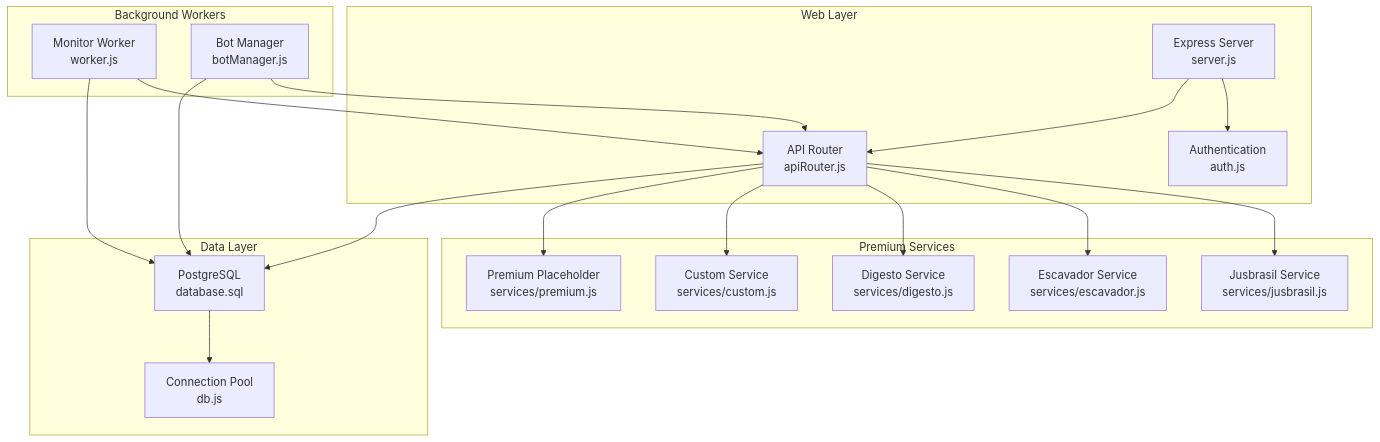
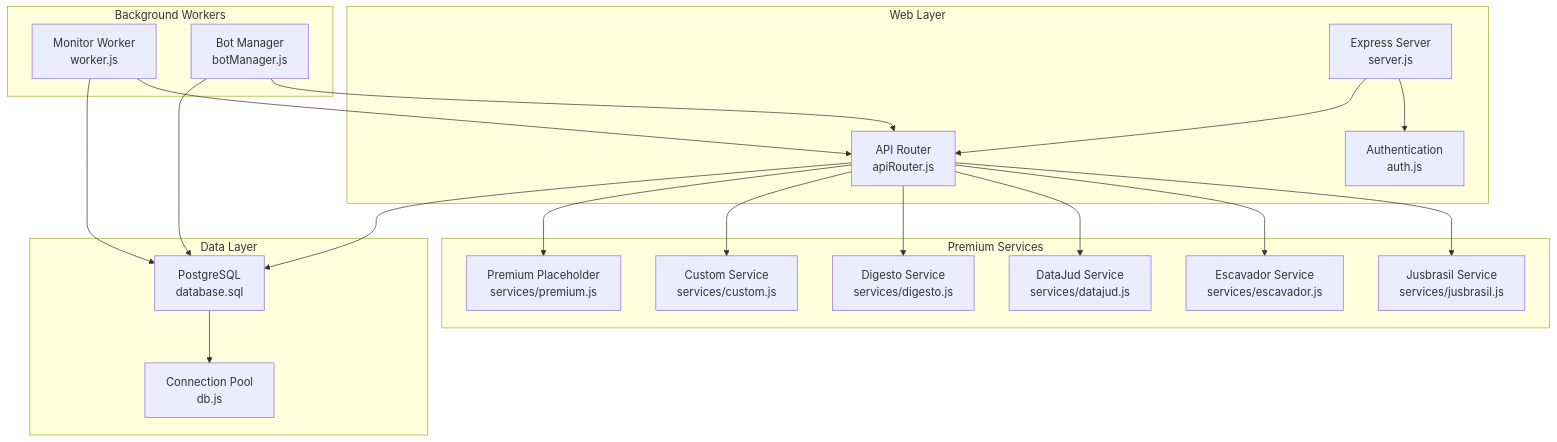
The first of 20 diagrams in .qoder/repowiki/en/content/API Integration Layer/Premium Paid Service Integration.md (Alexandrexicara/bot-processos), drawn with Mermaid before and after one commit. The commit also changed other lines of this file and 10 other files, not shown here.

````diff
--- a/.qoder/repowiki/en/content/API Integration Layer/Premium Paid Service Integration.md
+++ b/.qoder/repowiki/en/content/API Integration Layer/Premium Paid Service Integration.md
@@ -66,36 +67,38 @@
 ```mermaid
 graph TB
 subgraph "Web Layer"
 Server["Express Server<br/>server.js"]
 Auth["Authentication<br/>auth.js"]
 Router["API Router<br/>apiRouter.js"]
 end
 subgraph "Premium Services"
 Jusbrasil["Jusbrasil Service<br/>services/jusbrasil.js"]
 Escavador["Escavador Service<br/>services/escavador.js"]
+DataJud["DataJud Service<br/>services/datajud.js"]
 Digesto["Digesto Service<br/>services/digesto.js"]
 Custom["Custom Service<br/>services/custom.js"]
 Premium["Premium Placeholder<br/>services/premium.js"]
 end
 subgraph "Background Workers"
 Worker["Monitor Worker<br/>worker.js"]
 BotMgr["Bot Manager<br/>botManager.js"]
 end
 subgraph "Data Layer"
 DB["PostgreSQL<br/>database.sql"]
 Pool["Connection Pool<br/>db.js"]
 end
 Server --> Auth
 Server --> Router
 Router --> Jusbrasil
 Router --> Escavador
+Router --> DataJud
 Router --> Digesto
 Router --> Custom
 Router --> Premium
 Worker --> Router
 BotMgr --> Router
 Router --> DB
 Worker --> DB
 BotMgr --> DB
 DB --> Pool
 ```
````
